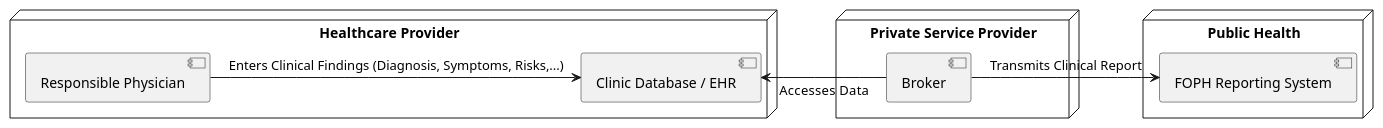
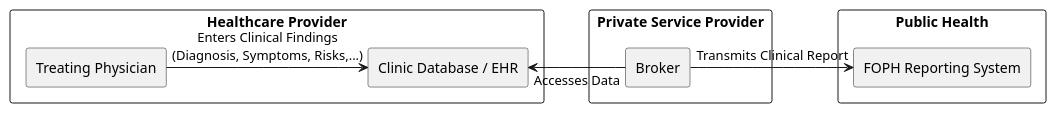
The diagram in input/images-source/scenario1-broker.plantuml (ahdis/ch-ekm), drawn with PlantUML before and after one commit. The commit also changed 18 other files, not shown here.

```diff
--- a/input/images-source/scenario1-broker.plantuml
+++ b/input/images-source/scenario1-broker.plantuml
@@ -1,24 +1,26 @@
 @startuml
+' Forzamos una disposición de izquierda a derecha más compacta
+skinparam componentStyle rectangle
+skinparam nodesep 10
+skinparam ranksep 20
 
-node "Healthcare Provider" {
-  [Clinic Database / EHR] as EHR
-  [Responsible Physician] as Doc
+rectangle "Healthcare Provider" as HP {
+  component "Treating Physician" as Doc
+  component "Clinic Database / EHR" as EHR
 }
 
-node "Private Service Provider" {
-  [Broker] as Broker
+rectangle "Private Service Provider" as PSP {
+  component "Broker" as Broker
 }
 
-node "Public Health" {
-  [FOPH Reporting System] as FOPH
+rectangle "Public Health" as PH {
+  component "FOPH Reporting System" as FOPH
 }
 
 ' --- Relations ---
-Doc -right-> EHR : Enters Clinical Findings (Diagnosis, Symptoms, Risks,...)
-
-' Using -right-> instead of -down-> to stretch the width
-Broker -left-> EHR : Accesses  Data
-Broker -right-> FOPH : Transmits Clinical Report
-
+' Usamos una sola flecha de dirección para mantener la linealidad
+Doc -> EHR : Enters Clinical Findings\n(Diagnosis, Symptoms, Risks,...)
+EHR <- Broker : Accesses Data
+Broker -> FOPH : Transmits Clinical Report
 
 @enduml
```
